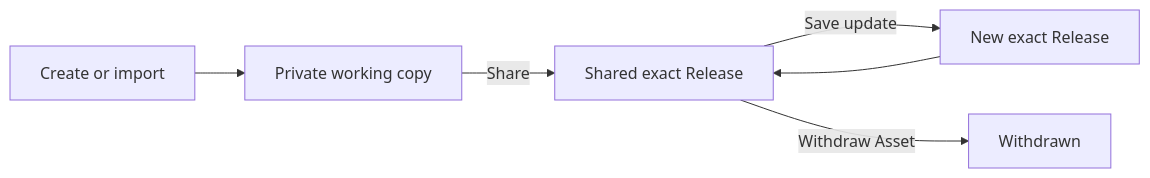
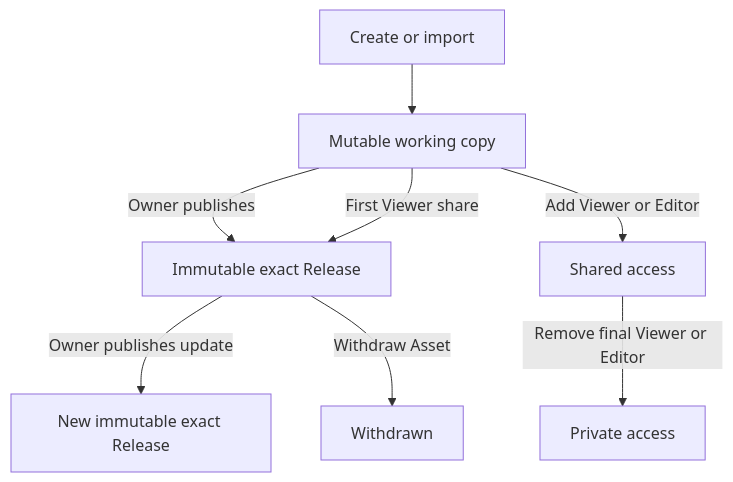
Before and after one commit to kl3inIT/OrgMemory: the diagram in docs/increments/active/2026-08-10-asset-library-sharing-lifecycle/design.md, drawn with Mermaid. The commit also changed other lines of this file and 11 other files, not shown here.

Commit message:
docs(asset-registry): sync owner-led lifecycle

````diff
--- a/docs/increments/active/2026-08-10-asset-library-sharing-lifecycle/design.md
+++ b/docs/increments/active/2026-08-10-asset-library-sharing-lifecycle/design.md
@@ -155,8 +156,10 @@
 ```mermaid
-flowchart LR
-    A[Create or import] --> B[Private working copy]
-    B -->|Share| C[Shared exact Release]
-    C -->|Save update| D[New exact Release]
-    D --> C
-    C -->|Withdraw Asset| W[Withdrawn]
+flowchart TD
+    A[Create or import] --> B[Mutable working copy]
+    B -->|Owner publishes| R[Immutable exact Release]
+    B -->|First Viewer share| R
+    R -->|Owner publishes update| R2[New immutable exact Release]
+    B -->|Add Viewer or Editor| S[Shared access]
+    S -->|Remove final Viewer or Editor| P[Private access]
+    R -->|Withdraw Asset| W[Withdrawn]
 ```
````
